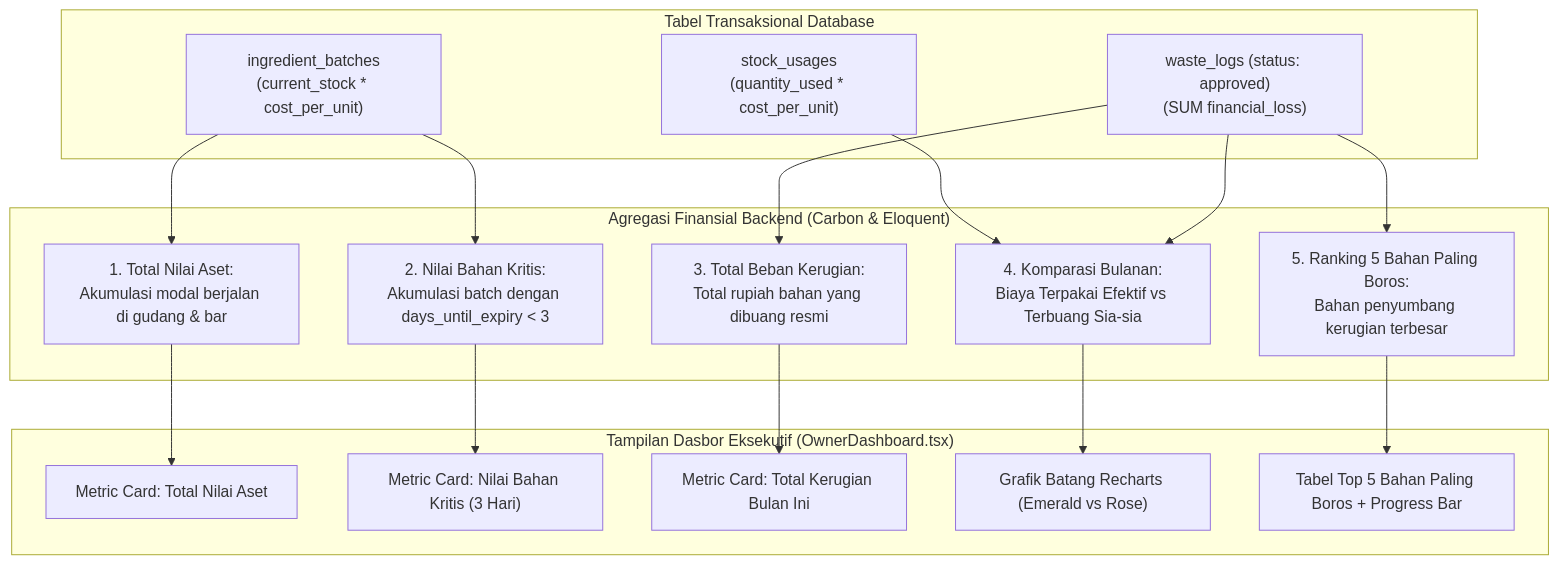
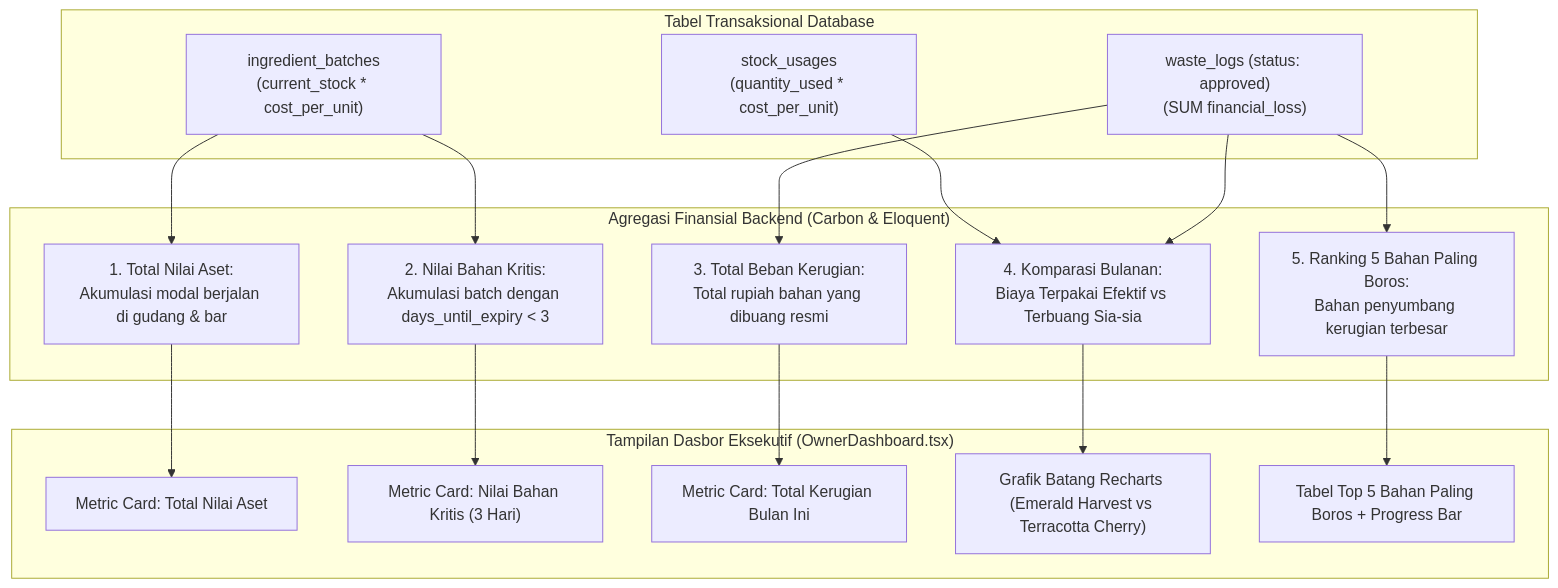
Before and after one commit to Lasains/UAS_Pemrograman_Lanjut: the diagram in docs/Plan Frontend/PLAN_07_OWNER_ANALYTICS_DASHBOARD.md, drawn with Mermaid. The commit also changed other lines of this file and 22 other files, not shown here.

````diff
--- a/docs/Plan Frontend/PLAN_07_OWNER_ANALYTICS_DASHBOARD.md
+++ b/docs/Plan Frontend/PLAN_07_OWNER_ANALYTICS_DASHBOARD.md
@@ -25,37 +25,37 @@
 ```mermaid
 flowchart TD
     subgraph DataSources ["Tabel Transaksional Database"]
         Batches["ingredient_batches<br/>(current_stock * cost_per_unit)"]
         Usages["stock_usages<br/>(quantity_used * cost_per_unit)"]
         Wastes["waste_logs (status: approved)<br/>(SUM financial_loss)"]
     end
 
     subgraph Calculations ["Agregasi Finansial Backend (Carbon & Eloquent)"]
         TotalAsset["1. Total Nilai Aset:<br/>Akumulasi modal berjalan di gudang & bar"]
         CriticalAsset["2. Nilai Bahan Kritis:<br/>Akumulasi batch dengan days_until_expiry < 3"]
         TotalLoss["3. Total Beban Kerugian:<br/>Total rupiah bahan yang dibuang resmi"]
         MonthlyComp["4. Komparasi Bulanan:<br/>Biaya Terpakai Efektif vs Terbuang Sia-sia"]
         TopWasteRank["5. Ranking 5 Bahan Paling Boros:<br/>Bahan penyumbang kerugian terbesar"]
     end
 
     Batches --> TotalAsset
     Batches --> CriticalAsset
     Usages --> MonthlyComp
     Wastes --> TotalLoss
     Wastes --> MonthlyComp
     Wastes --> TopWasteRank
 
     subgraph OwnerUI ["Tampilan Dasbor Eksekutif (OwnerDashboard.tsx)"]
         Card1["Metric Card: Total Nilai Aset"]
         Card2["Metric Card: Nilai Bahan Kritis (3 Hari)"]
         Card3["Metric Card: Total Kerugian Bulan Ini"]
-        Chart["Grafik Batang Recharts (Emerald vs Rose)"]
+        Chart["Grafik Batang Recharts (Emerald Harvest vs Terracotta Cherry)"]
         Table["Tabel Top 5 Bahan Paling Boros + Progress Bar"]
     end
 
     TotalAsset --> Card1
     CriticalAsset --> Card2
     TotalLoss --> Card3
     MonthlyComp --> Chart
     TopWasteRank --> Table
 ```
````
